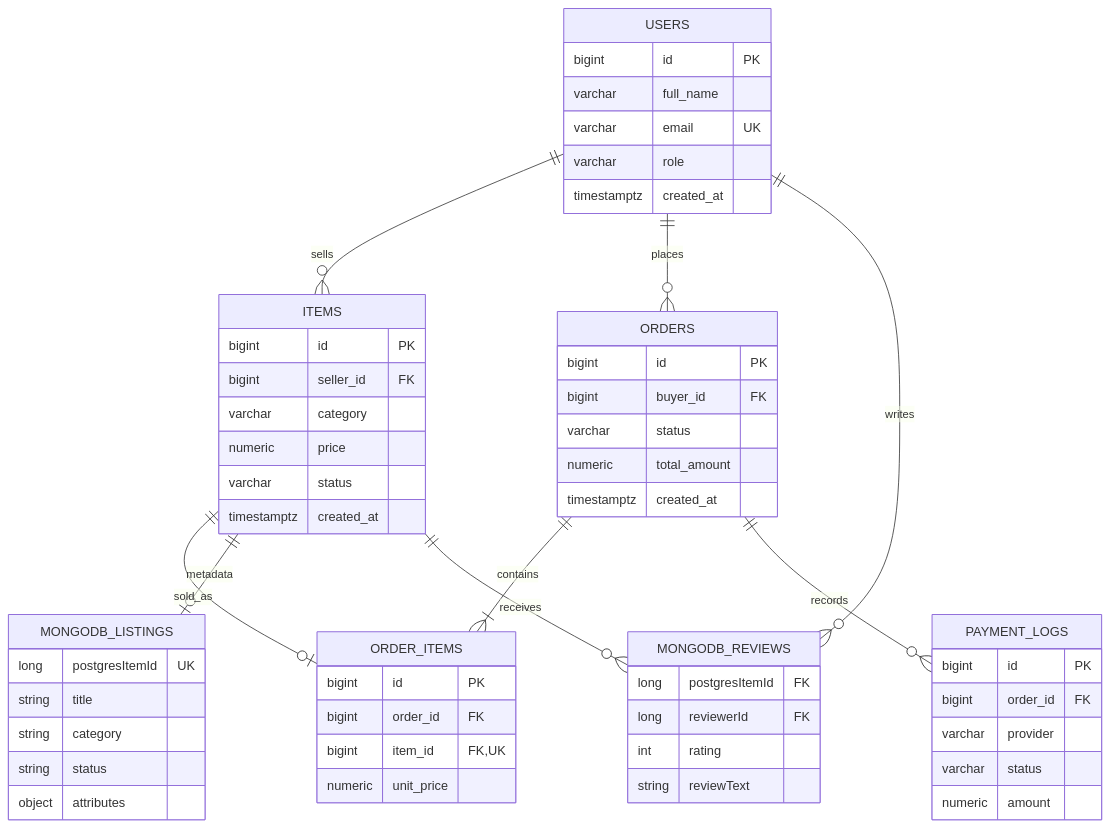
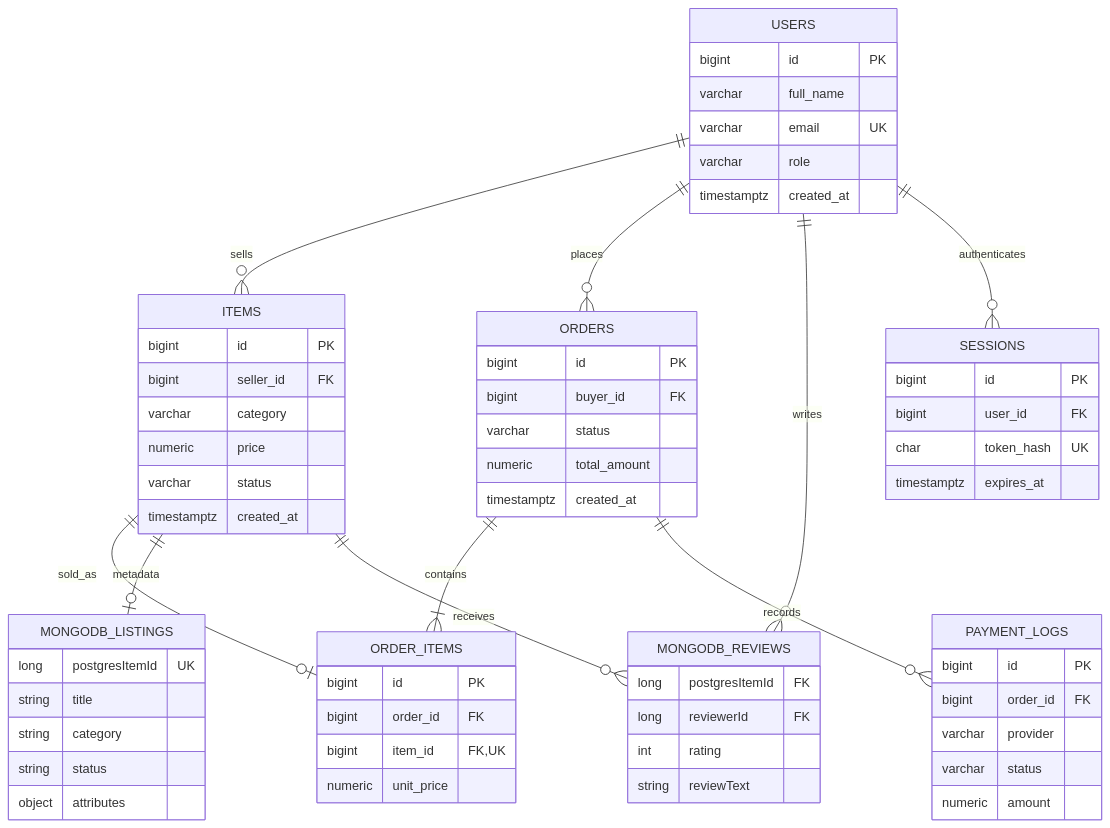
Before and after one commit to Progamer24/CampusTrade-DBMS-Project: the diagram in docs/database/er-diagram.mmd, drawn with Mermaid. The commit also changed 25 other files, not shown here.

```diff
--- a/docs/database/er-diagram.mmd
+++ b/docs/database/er-diagram.mmd
@@ -1,58 +1,65 @@
 erDiagram
     USERS ||--o{ ITEMS : sells
     USERS ||--o{ ORDERS : places
     ORDERS ||--|{ ORDER_ITEMS : contains
     ITEMS ||--o| ORDER_ITEMS : sold_as
     ORDERS ||--o{ PAYMENT_LOGS : records
     ITEMS ||--o| MONGODB_LISTINGS : metadata
     ITEMS ||--o{ MONGODB_REVIEWS : receives
     USERS ||--o{ MONGODB_REVIEWS : writes
+    USERS ||--o{ SESSIONS : authenticates
 
     USERS {
         bigint id PK
         varchar full_name
         varchar email UK
         varchar role
         timestamptz created_at
     }
     ITEMS {
         bigint id PK
         bigint seller_id FK
         varchar category
         numeric price
         varchar status
         timestamptz created_at
     }
     ORDERS {
         bigint id PK
         bigint buyer_id FK
         varchar status
         numeric total_amount
         timestamptz created_at
     }
     ORDER_ITEMS {
         bigint id PK
         bigint order_id FK
         bigint item_id FK,UK
         numeric unit_price
     }
     PAYMENT_LOGS {
         bigint id PK
         bigint order_id FK
         varchar provider
         varchar status
         numeric amount
     }
     MONGODB_LISTINGS {
         long postgresItemId UK
         string title
         string category
         string status
         object attributes
     }
     MONGODB_REVIEWS {
         long postgresItemId FK
         long reviewerId FK
         int rating
         string reviewText
     }
+    SESSIONS {
+        bigint id PK
+        bigint user_id FK
+        char token_hash UK
+        timestamptz expires_at
+    }
```
